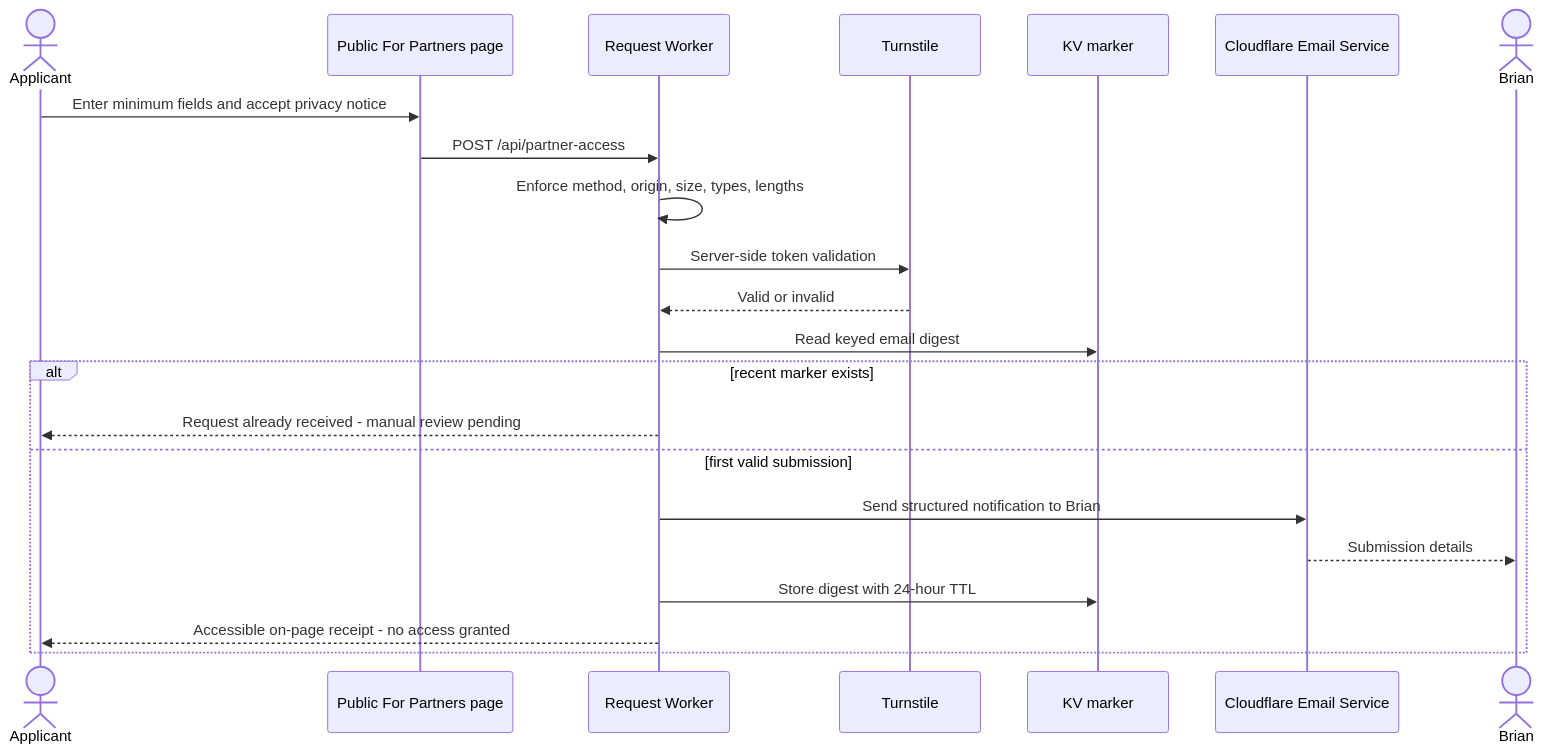
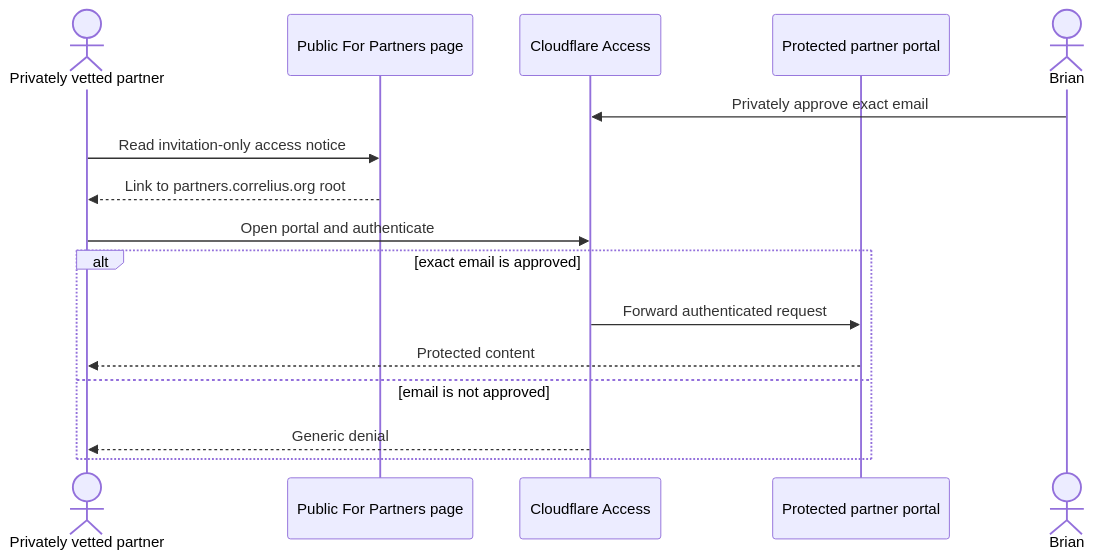
One commit to correliussaga/correlius-site changed the fourth of 4 diagrams in docs/design/02-architecture.md. Above: the diagram before and after it, drawn with Mermaid. The commit also changed other lines of this file and 47 other files, not shown here.

````diff
--- a/docs/design/02-architecture.md
+++ b/docs/design/02-architecture.md
@@ -148,25 +139,19 @@
 ```mermaid
 sequenceDiagram
-  actor Applicant
-  participant Form as Public For Partners page
-  participant Worker as Request Worker
-  participant Turnstile
-  participant KV as KV marker
-  participant Email as Cloudflare Email Service
+  actor Partner as Privately vetted partner
+  participant Public as Public For Partners page
+  participant Access as Cloudflare Access
+  participant Portal as Protected partner portal
   actor Brian
 
-  Applicant->>Form: Enter minimum fields and accept privacy notice
-  Form->>Worker: POST /api/partner-access
-  Worker->>Worker: Enforce method, origin, size, types, lengths
-  Worker->>Turnstile: Server-side token validation
-  Turnstile-->>Worker: Valid or invalid
-  Worker->>KV: Read keyed email digest
-  alt recent marker exists
-    Worker-->>Applicant: Request already received - manual review pending
-  else first valid submission
-    Worker->>Email: Send structured notification to Brian
-    Email-->>Brian: Submission details
-    Worker->>KV: Store digest with 24-hour TTL
-    Worker-->>Applicant: Accessible on-page receipt - no access granted
+  Brian->>Access: Privately approve exact email
+  Partner->>Public: Read invitation-only access notice
+  Public-->>Partner: Link to partners.correlius.org root
+  Partner->>Access: Open portal and authenticate
+  alt exact email is approved
+    Access->>Portal: Forward authenticated request
+    Portal-->>Partner: Protected content
+  else email is not approved
+    Access-->>Partner: Generic denial
   end
 ```
````
